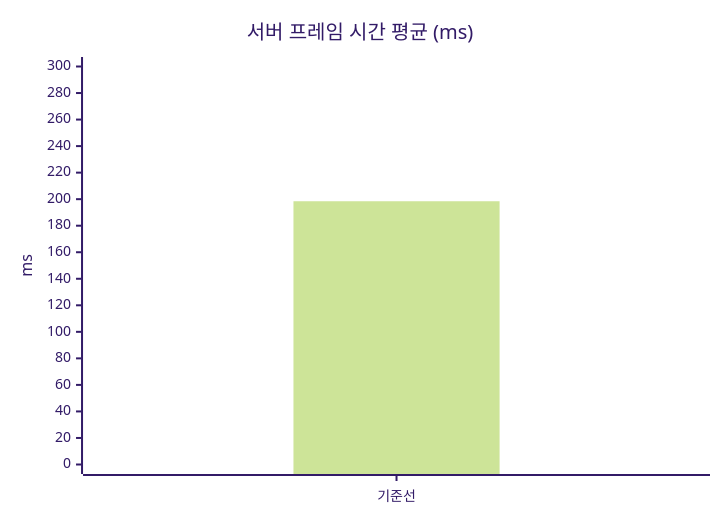
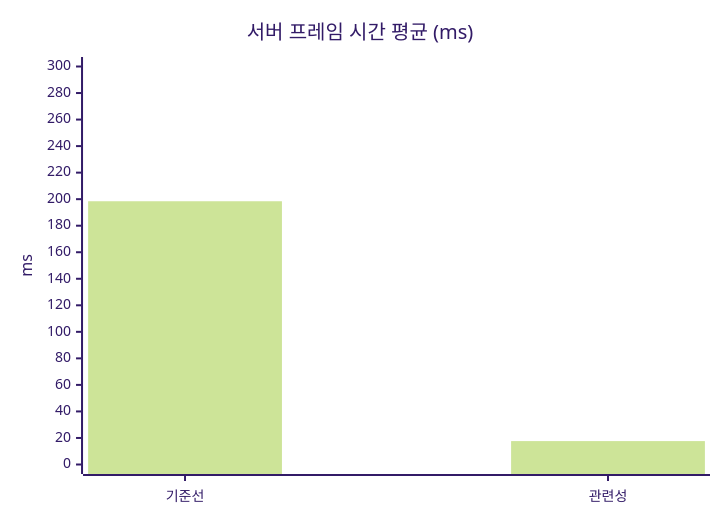
Before and after one commit to hon454/ue-dedicated-server-optimization-lab: the second of 5 diagrams in README.md, drawn with Mermaid (forest theme). The commit also changed other lines of this file and 9 other files, not shown here.

````diff
--- a/README.md
+++ b/README.md
@@ -94,7 +95,7 @@
 ```mermaid
 xychart-beta
     title "서버 프레임 시간 평균 (ms)"
-    x-axis ["기준선"]
+    x-axis ["기준선", "관련성"]
     y-axis "ms" 0 --> 300
-    bar [198.43]
+    bar [198.43, 17.64]
 ```
````
